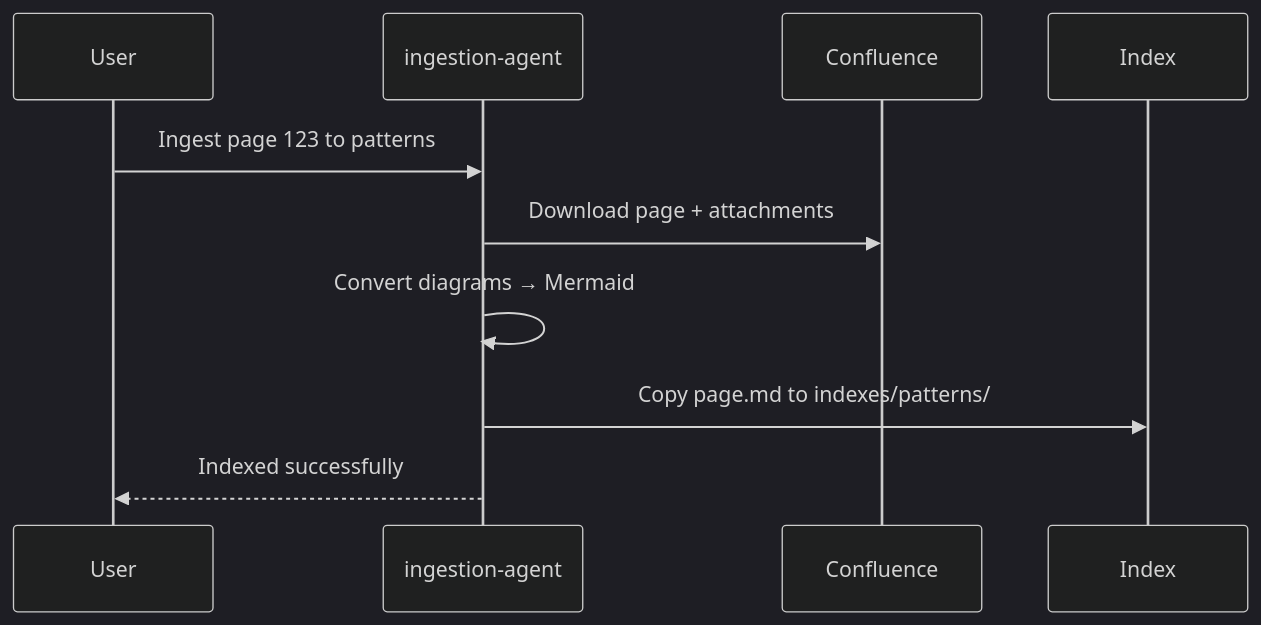
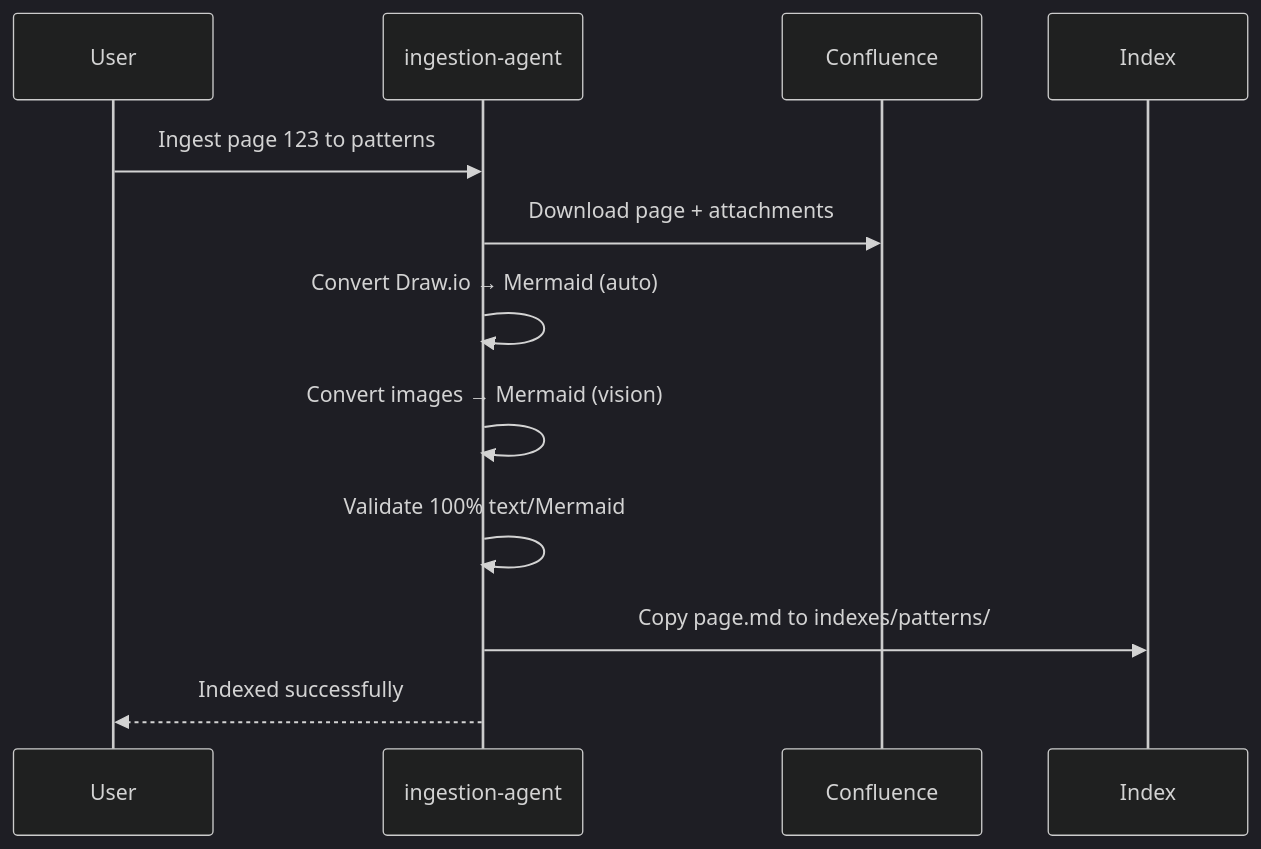
One commit to byrash/architecture-governance changed the second of 3 diagrams in README.md. Above: the diagram before and after it, drawn with Mermaid (dark theme). The commit also changed other lines of this file and 15 other files, not shown here.

````diff
--- a/README.md
+++ b/README.md
@@ -124,13 +122,15 @@
 ```mermaid
 sequenceDiagram
     participant User
     participant IA as ingestion-agent
     participant Confluence
     participant Index
 
     User->>IA: Ingest page 123 to patterns
     IA->>Confluence: Download page + attachments
-    IA->>IA: Convert diagrams → Mermaid
+    IA->>IA: Convert Draw.io → Mermaid (auto)
+    IA->>IA: Convert images → Mermaid (vision)
+    IA->>IA: Validate 100% text/Mermaid
     IA->>Index: Copy page.md to indexes/patterns/
     IA-->>User: Indexed successfully
 ```
````
